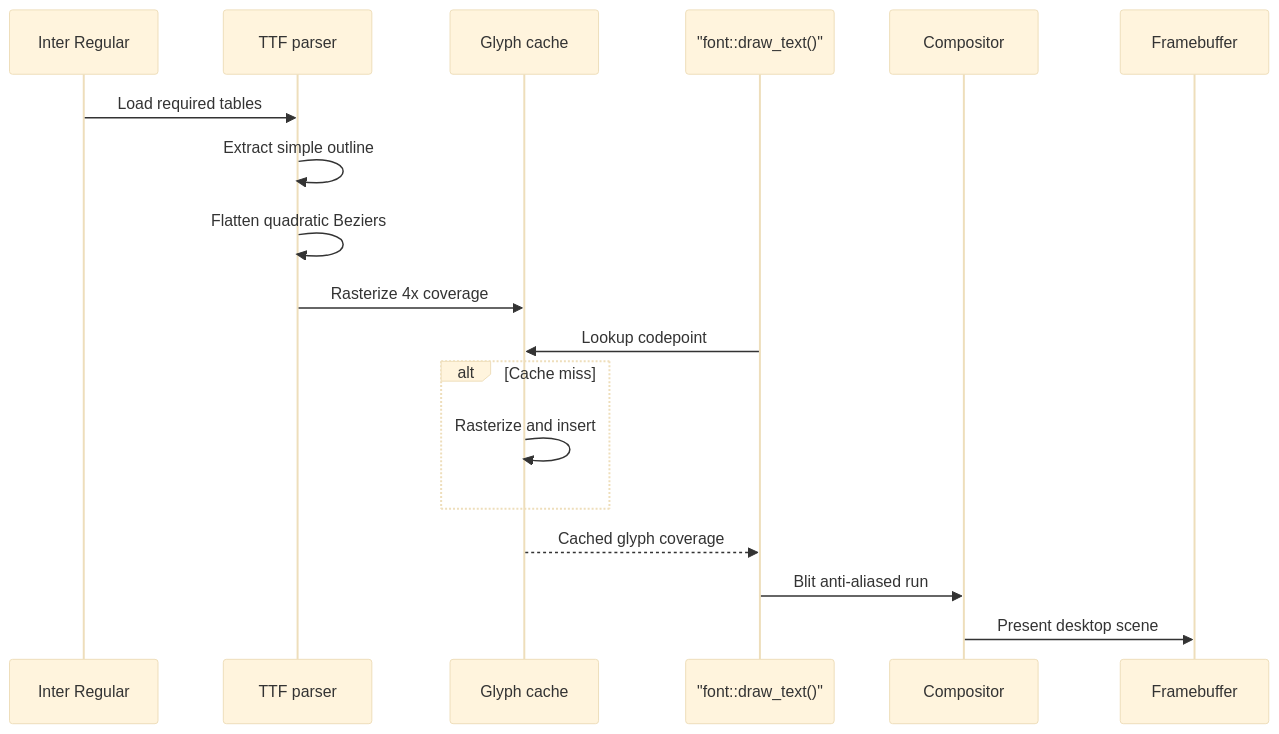
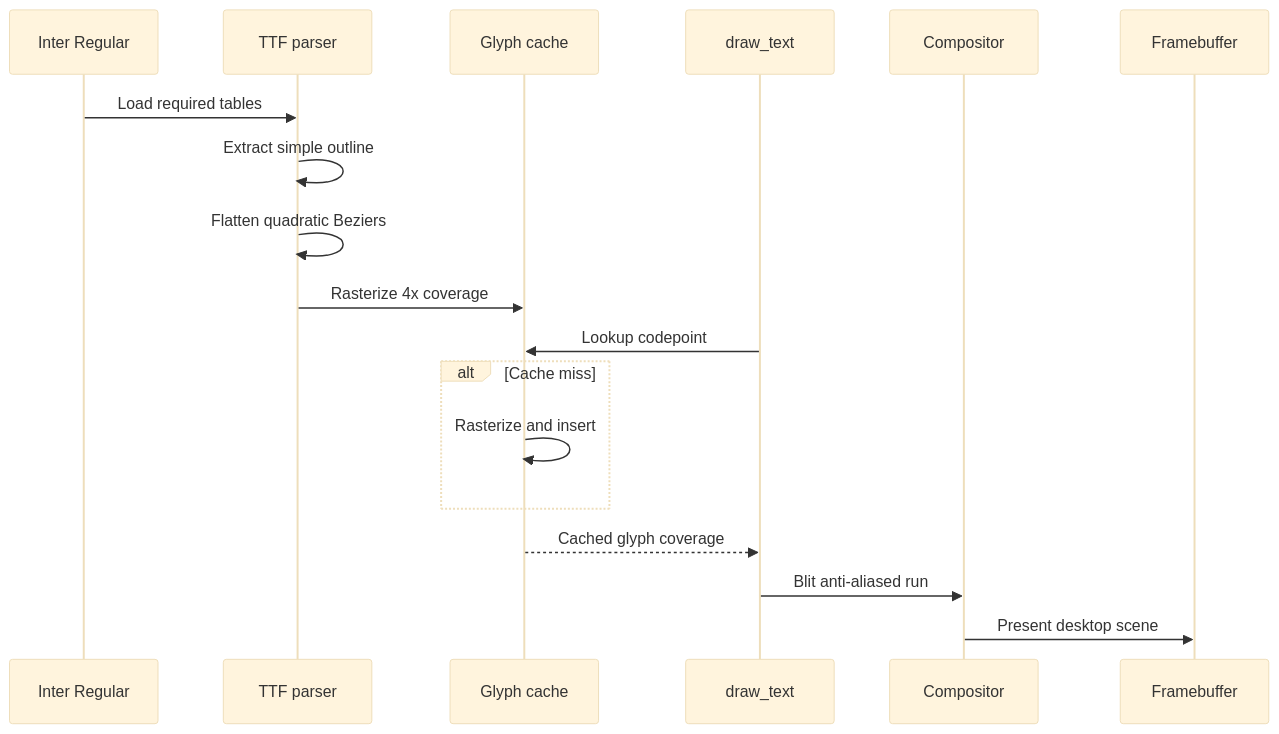
One commit to NotY215/NotYVOS changed diagram 44 of 47 in docs/data flow.md. Above: the diagram before and after it, drawn with Mermaid (base theme). The commit also changed other lines of this file and 3 other files, not shown here.

First line of the commit message:
Avoid Mermaid class tokens in TrueType diagram labels

````diff
--- a/docs/data flow.md
+++ b/docs/data flow.md
@@ -678,21 +679,21 @@
 ```mermaid
 sequenceDiagram
     participant Face as Inter Regular
     participant Parse as TTF parser
     participant Cache as Glyph cache
-    participant Draw as "font::draw_text()"
+    participant Draw as draw_text
     participant Comp as Compositor
     participant FB as Framebuffer
 
     Face->>Parse: Load required tables
     Parse->>Parse: Extract simple outline
     Parse->>Parse: Flatten quadratic Beziers
     Parse->>Cache: Rasterize 4x coverage
     Draw->>Cache: Lookup codepoint
     alt Cache miss
         Cache->>Cache: Rasterize and insert
     end
     Cache-->>Draw: Cached glyph coverage
     Draw->>Comp: Blit anti-aliased run
     Comp->>FB: Present desktop scene
 ```
````
